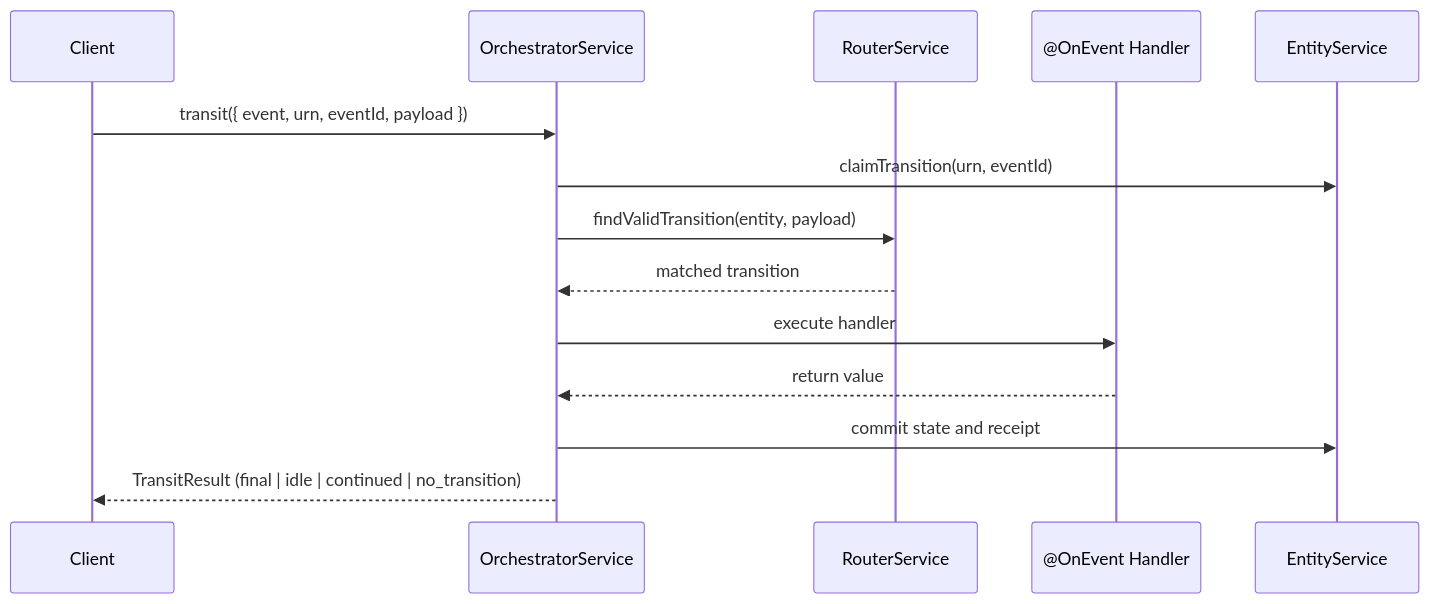
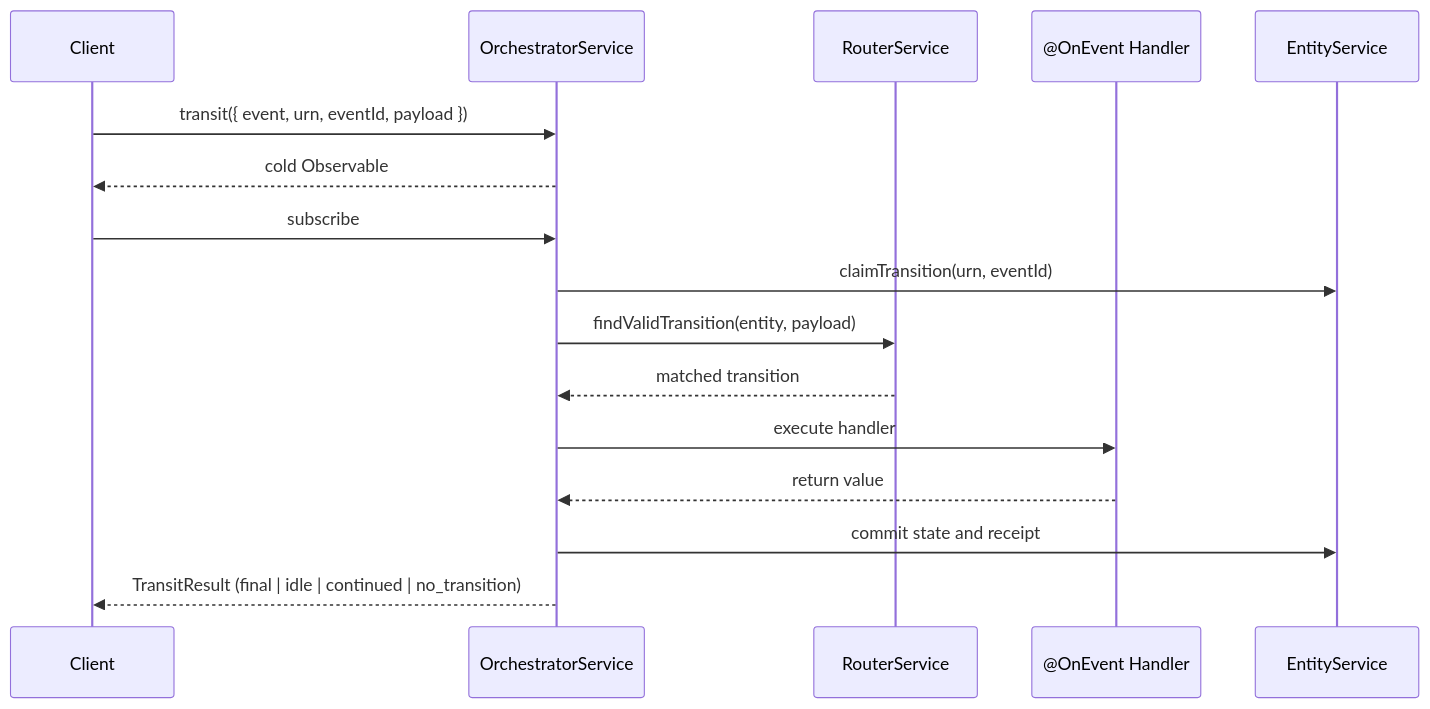
The diagram in docs/content/docs/introduction.mdx (tung-dnt/nestflow-js), drawn with Mermaid before and after one commit. The commit also changed 47 other files, not shown here.

````diff
--- a/docs/content/docs/introduction.mdx
+++ b/docs/content/docs/introduction.mdx
@@ -42,17 +42,19 @@
 ```mermaid
 sequenceDiagram
     participant Client
     participant Orchestrator as OrchestratorService
     participant Router as RouterService
     participant Handler as @OnEvent Handler
     participant Entity as EntityService
 
     Client->>Orchestrator: transit({ event, urn, eventId, payload })
+    Orchestrator-->>Client: cold Observable
+    Client->>Orchestrator: subscribe
     Orchestrator->>Entity: claimTransition(urn, eventId)
     Orchestrator->>Router: findValidTransition(entity, payload)
     Router-->>Orchestrator: matched transition
     Orchestrator->>Handler: execute handler
     Handler-->>Orchestrator: return value
     Orchestrator->>Entity: commit state and receipt
     Orchestrator-->>Client: TransitResult (final | idle | continued | no_transition)
 ```
````
